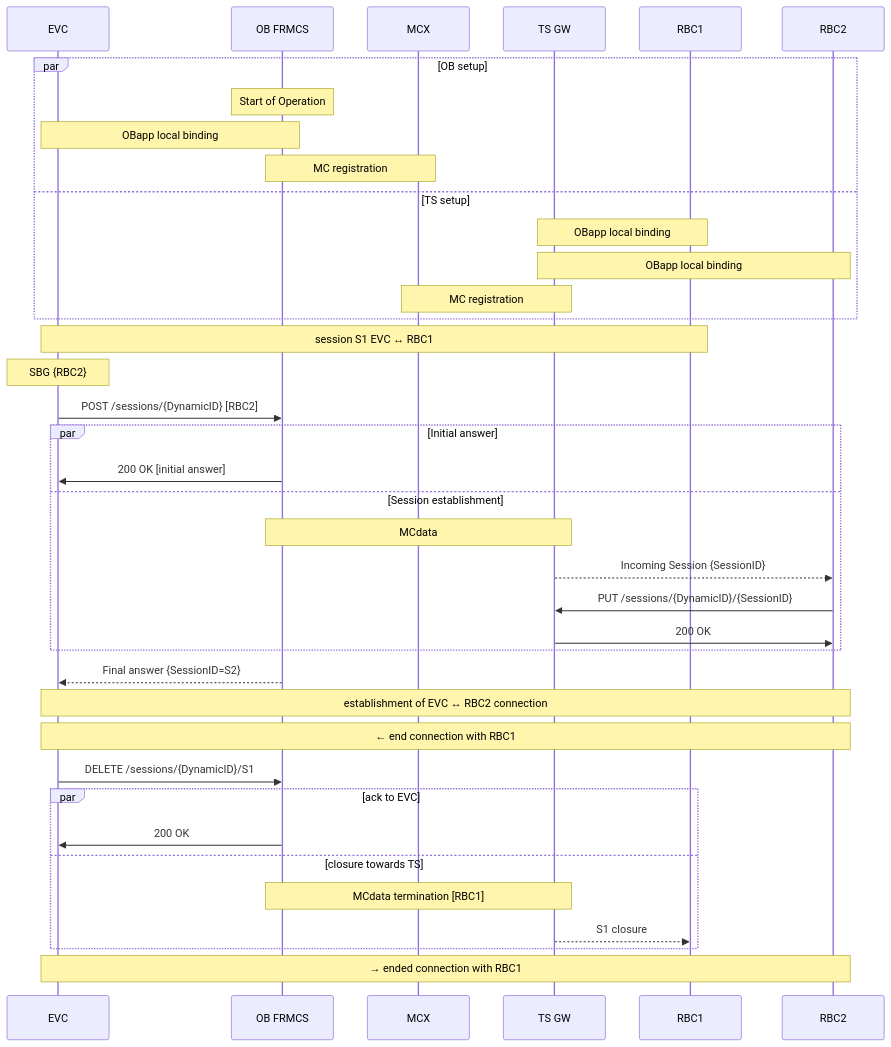
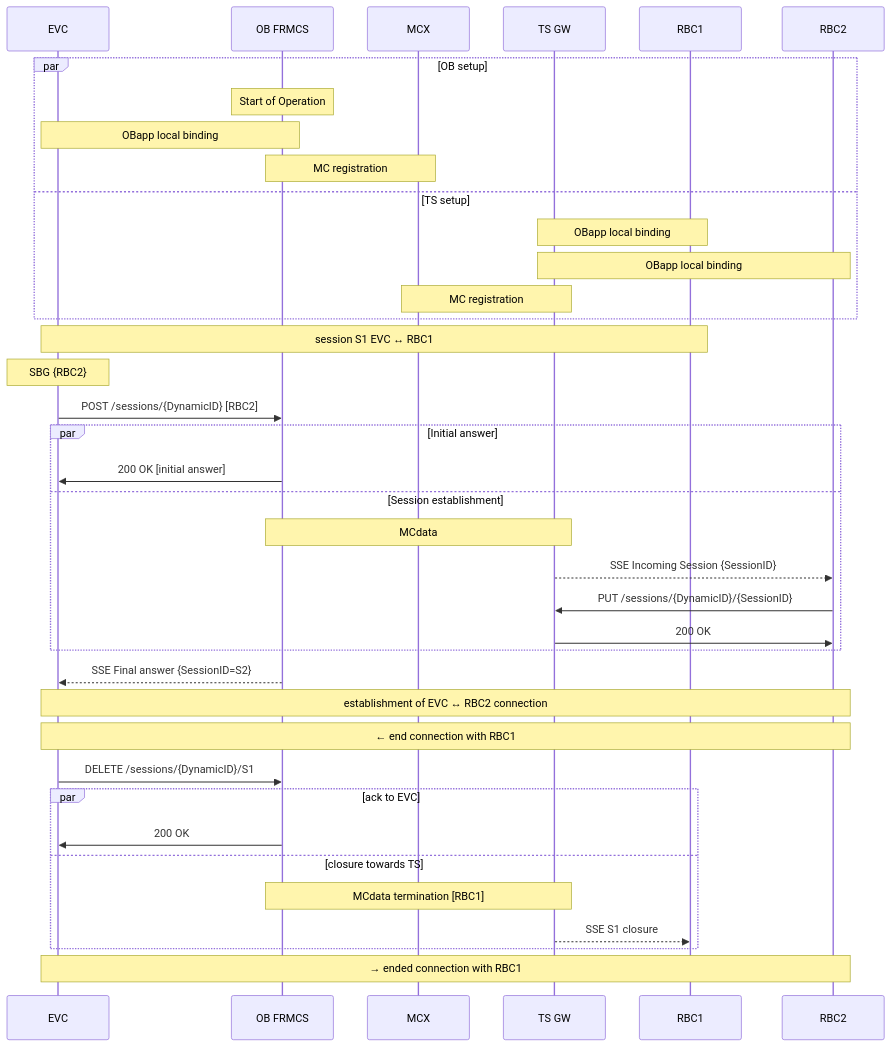
One commit to UICrail/FRMCSSandbox changed the third of 4 diagrams in API/README.md. Above: the diagram before and after it, drawn with Mermaid. The commit also changed other lines of this file, not shown here.

Commit message:
README.md - clarified usage of SSE in ETCS flows

````diff
--- a/API/README.md
+++ b/API/README.md
@@ -98,48 +98,48 @@
 ```mermaid
 
 sequenceDiagram
 participant A as EVC
 participant O as OB FRMCS
 participant M as MCX
 participant T as TS GW
 participant B1 as RBC1
 participant B2 as RBC2
 
 par OB setup
 	Note over O: Start of Operation 
 	Note over A,O: OBapp local binding
 	Note over O,M:	MC registration
 and TS setup
 	Note over B1,T: OBapp local binding
 	Note over B2,T: OBapp local binding
 	Note over T,M:	MC registration
 end
 
 % existing session with B1
 Note over A,B1: session S1 EVC ↔ RBC1
 
 % establishment of session to B2
 Note over A:	SBG {RBC2}
 
 A->>O:	POST /sessions/{DynamicID} [RBC2]
 par Initial answer
 	O->>A:	200 OK [initial answer]
 and Session establishment
 	Note over O,T: MCdata
-	T-->>B2:	Incoming Session {SessionID}
+	T-->>B2:	SSE Incoming Session {SessionID}
 	B2->>T:	PUT /sessions/{DynamicID}/{SessionID}
 	T->>B2: 200 OK
 end
-O-->>A:	Final answer {SessionID=S2}	
+O-->>A:	SSE Final answer {SessionID=S2}	
 Note over A,B2: establishment of EVC ↔ RBC2 connection
 Note over A,B2: ← end connection with RBC1
 A->>O:	DELETE /sessions/{DynamicID}/S1
 par ack to EVC
 	O->>A:	200 OK
 and closure towards TS
 	Note over O,T:	MCdata termination [RBC1]
-	T-->>B1: S1 closure
+	T-->>B1: SSE S1 closure
 end
 Note over A,B2: → ended connection with RBC1
 
 ```
````
